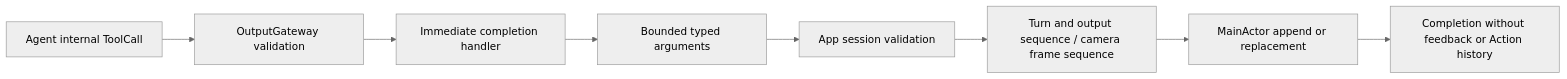
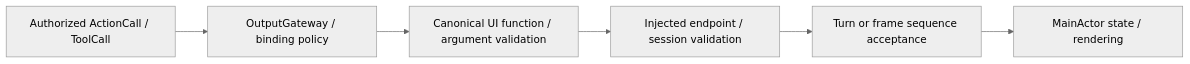
The second of 2 diagrams in MobileHarness/Actions/UI/README.md (devilyouwei/MobileHarness), drawn with Mermaid (neutral theme) before and after one commit. The commit also changed other lines of this file and 238 other files, not shown here.

First line of the commit message:
Separate callable Actions from Gateway execution and call protocols

````diff
--- a/MobileHarness/Actions/UI/README.md
+++ b/MobileHarness/Actions/UI/README.md
@@ -66,10 +55,8 @@
 ```mermaid
 flowchart LR
-    Agent[Agent internal ToolCall] --> Gateway[OutputGateway validation]
-    Gateway --> Tool[Immediate completion handler]
-    Tool --> Validate[Bounded typed arguments]
-    Validate --> Session[App session validation]
-    Session --> Policy[Turn and output sequence / camera frame sequence]
-    Policy --> State[MainActor append or replacement]
-    State --> Done[Completion without feedback or Action history]
+    Call[Authorized ActionCall / ToolCall] --> Gateway[OutputGateway / binding policy]
+    Gateway --> Function[Canonical UI function / argument validation]
+    Function --> Host[Injected endpoint / session validation]
+    Host --> Acceptance[Turn or frame sequence acceptance]
+    Acceptance --> UI[MainActor state / rendering]
 ```
````
